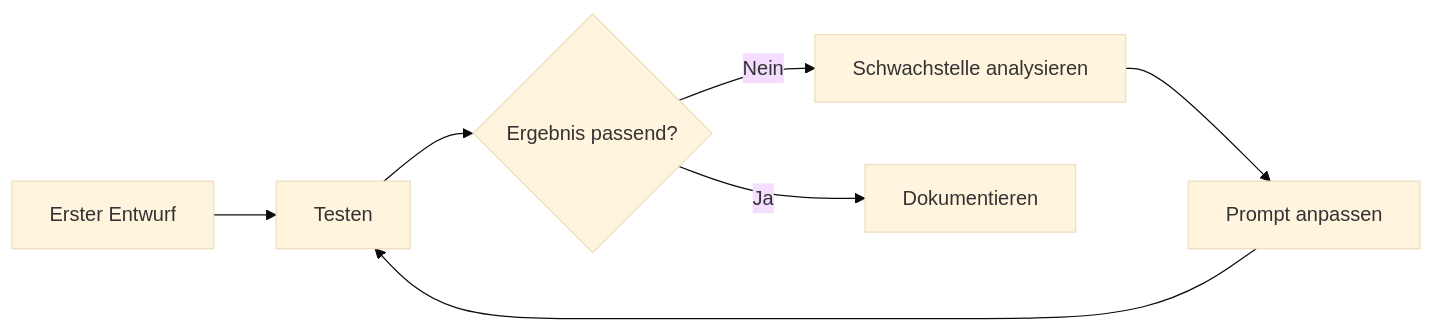
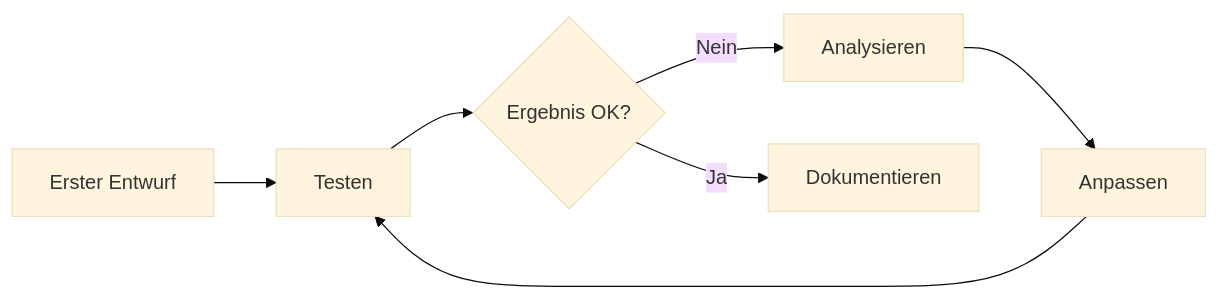
Before and after one commit to ralf-42/Agenten: the diagram in docs/concepts/prompt-engineering.md, drawn with Mermaid (base theme). The commit also changed other lines of this file and 16 other files, not shown here.

````diff
--- a/docs/concepts/prompt-engineering.md
+++ b/docs/concepts/prompt-engineering.md
@@ -157,9 +342,9 @@
 ```mermaid
 flowchart LR
     A[Erster Entwurf] --> B[Testen]
-    B --> C{Ergebnis passend?}
-    C -->|Nein| D[Schwachstelle analysieren]
-    D --> E[Prompt anpassen]
+    B --> C{Ergebnis OK?}
+    C -->|Nein| D[Analysieren]
+    D --> E[Anpassen]
     E --> B
     C -->|Ja| F[Dokumentieren]
 ```
````
